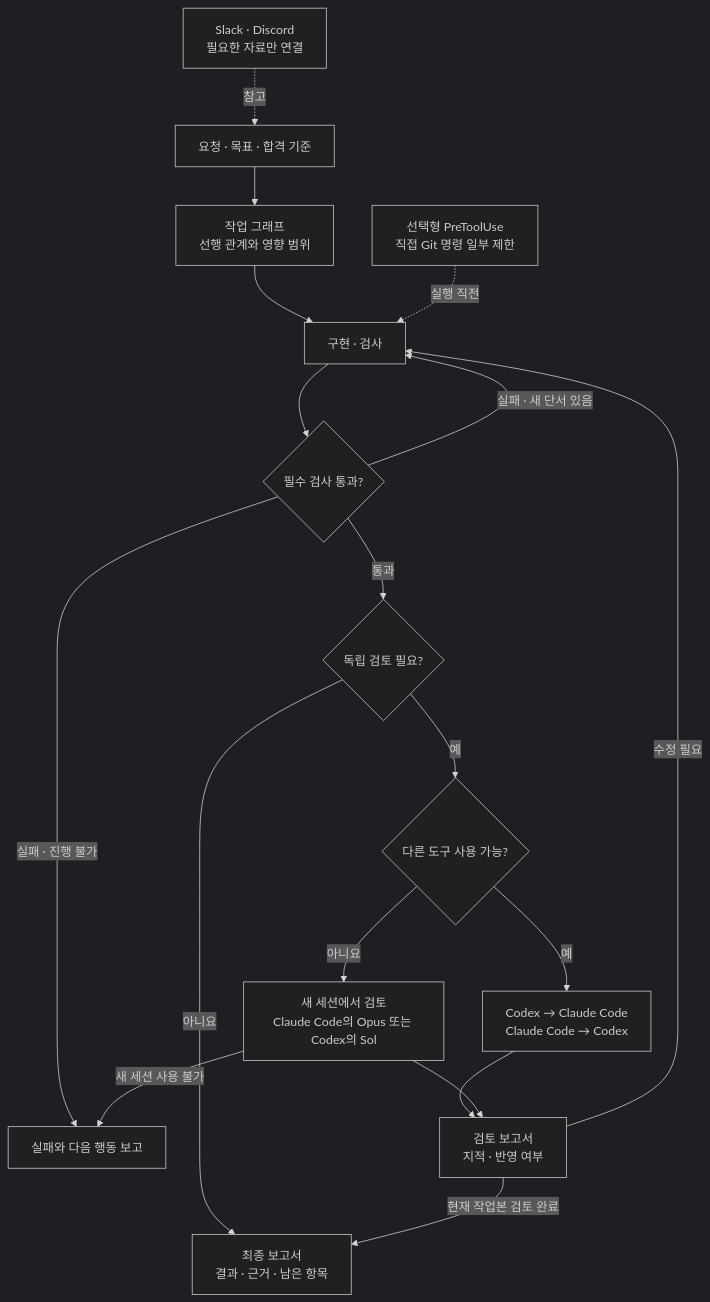
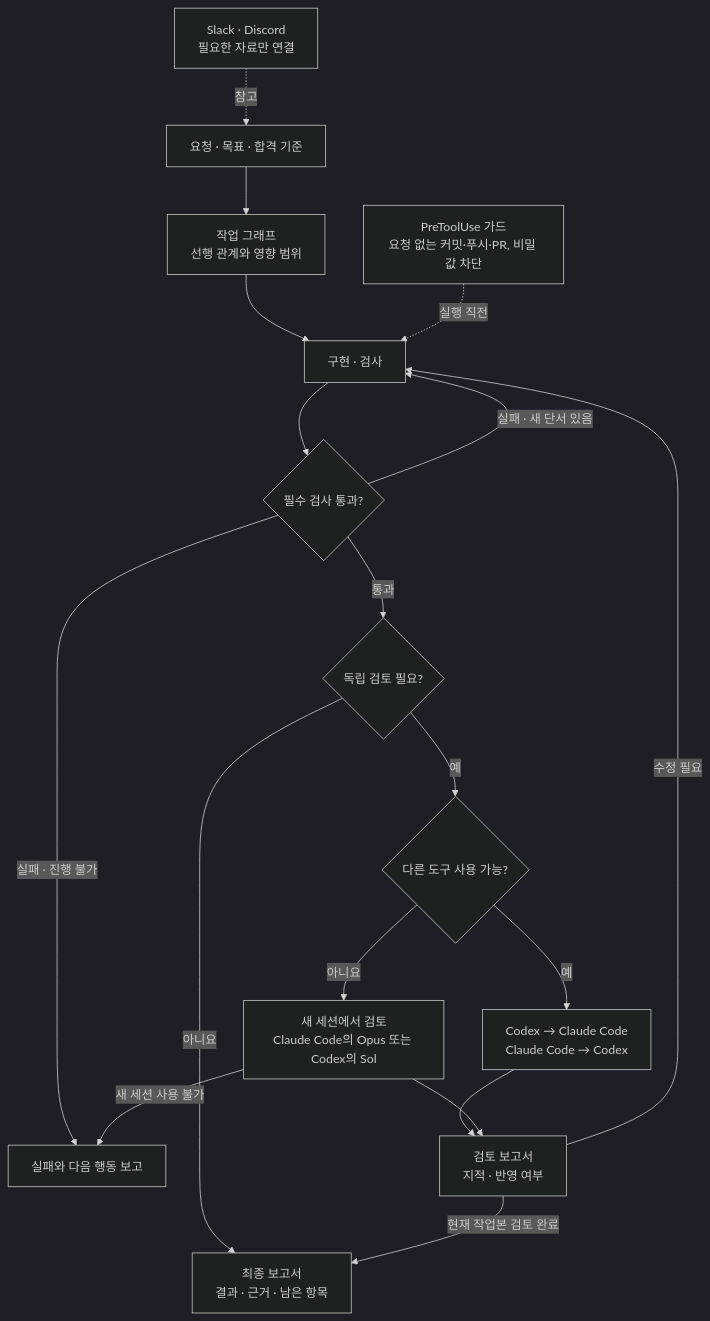
The diagram in docs/workflow-flow.md (leejungmin91/engineering-workflow), drawn with Mermaid (dark theme) before and after one commit. The commit also changed other lines of this file and 24 other files, not shown here.

````diff
--- a/docs/workflow-flow.md
+++ b/docs/workflow-flow.md
@@ -5,20 +5,20 @@
 ```mermaid
 flowchart TD
     Start["요청 · 목표 · 합격 기준"] --> Graph["작업 그래프<br/>선행 관계와 영향 범위"]
     Graph --> Change["구현 · 검사"]
     Change --> Check{"필수 검사 통과?"}
     Check -->|실패 · 새 단서 있음| Change
     Check -->|실패 · 진행 불가| Pending["실패와 다음 행동 보고"]
     Check -->|통과| Review{"독립 검토 필요?"}
     Review -->|아니요| Report["최종 보고서<br/>결과 · 근거 · 남은 항목"]
     Review -->|예| Tool{"다른 도구 사용 가능?"}
     Tool -->|예| Cross["Codex → Claude Code<br/>Claude Code → Codex"]
     Tool -->|아니요| Fallback["새 세션에서 검토<br/>Claude Code의 Opus 또는 Codex의 Sol"]
     Cross --> Findings["검토 보고서<br/>지적 · 반영 여부"]
     Fallback --> Findings
     Findings -->|수정 필요| Change
     Findings -->|현재 작업본 검토 완료| Report
     Fallback -->|새 세션 사용 불가| Pending
-    Hook["선택형 PreToolUse<br/>직접 Git 명령 일부 제한"] -. 실행 직전 .-> Change
+    Hook["PreToolUse 가드<br/>요청 없는 커밋·푸시·PR, 비밀 값 차단"] -. 실행 직전 .-> Change
     Context["Slack · Discord<br/>필요한 자료만 연결"] -. 참고 .-> Start
 ```
````
